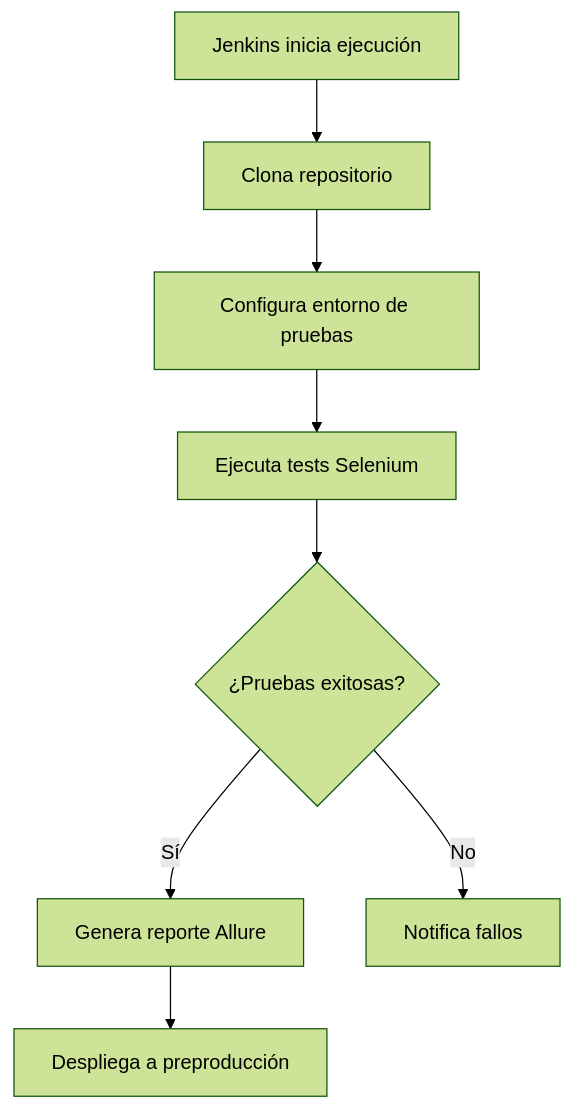
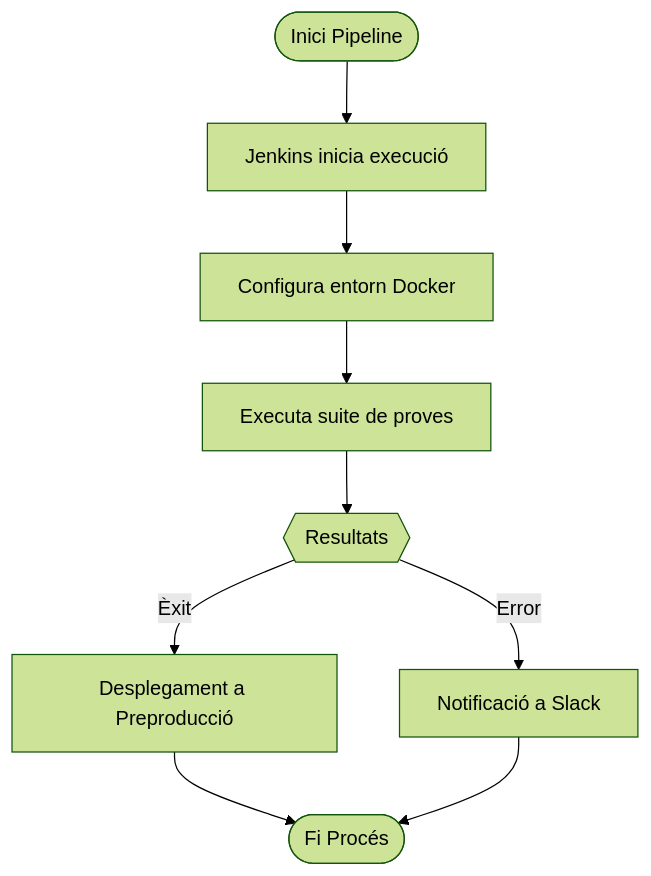
The diagram in docs/jenkins/selenium.md (juananmora/mkdocs-sample1), drawn with Mermaid (forest theme) before and after one commit. The commit also changed other lines of this file and 1 other file, not shown here.

Commit message:
Actualizar la documentación del MAT: mejorar la sección de Selenium con un nuevo flujo de trabajo, optimizar la presentación y añadir mejores prácticas y métricas clave.

````diff
--- a/docs/jenkins/selenium.md
+++ b/docs/jenkins/selenium.md
@@ -13,11 +40,11 @@
 ```mermaid
-graph TD
-A[Jenkins inicia ejecución] --> B[Clona repositorio]
-B --> C[Configura entorno de pruebas]
-C --> D[Ejecuta tests Selenium]
-D --> E{¿Pruebas exitosas?}
-E -->|Sí| F[Genera reporte Allure]
-E -->|No| G[Notifica fallos]
-F --> H[Despliega a preproducción]
-
+flowchart TD
+A([Inici Pipeline]) --> B[Jenkins inicia execució]
+B --> C[Configura entorn Docker]
+C --> D[Executa suite de proves]
+D --> E{{Resultats}}
+E -->|Èxit| F[Desplegament a Preproducció]
+E -->|Error| G[Notificació a Slack]
+F --> H([Fi Procés])
+G --> H
 ```
````
